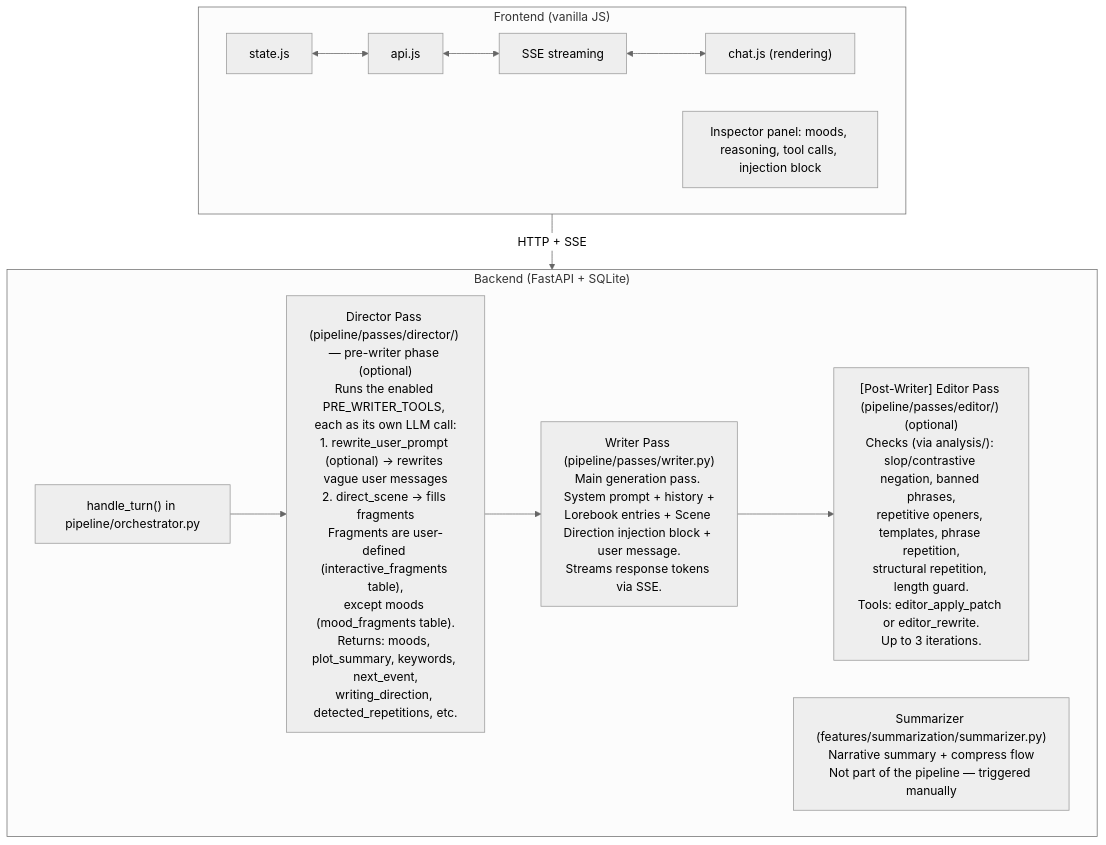
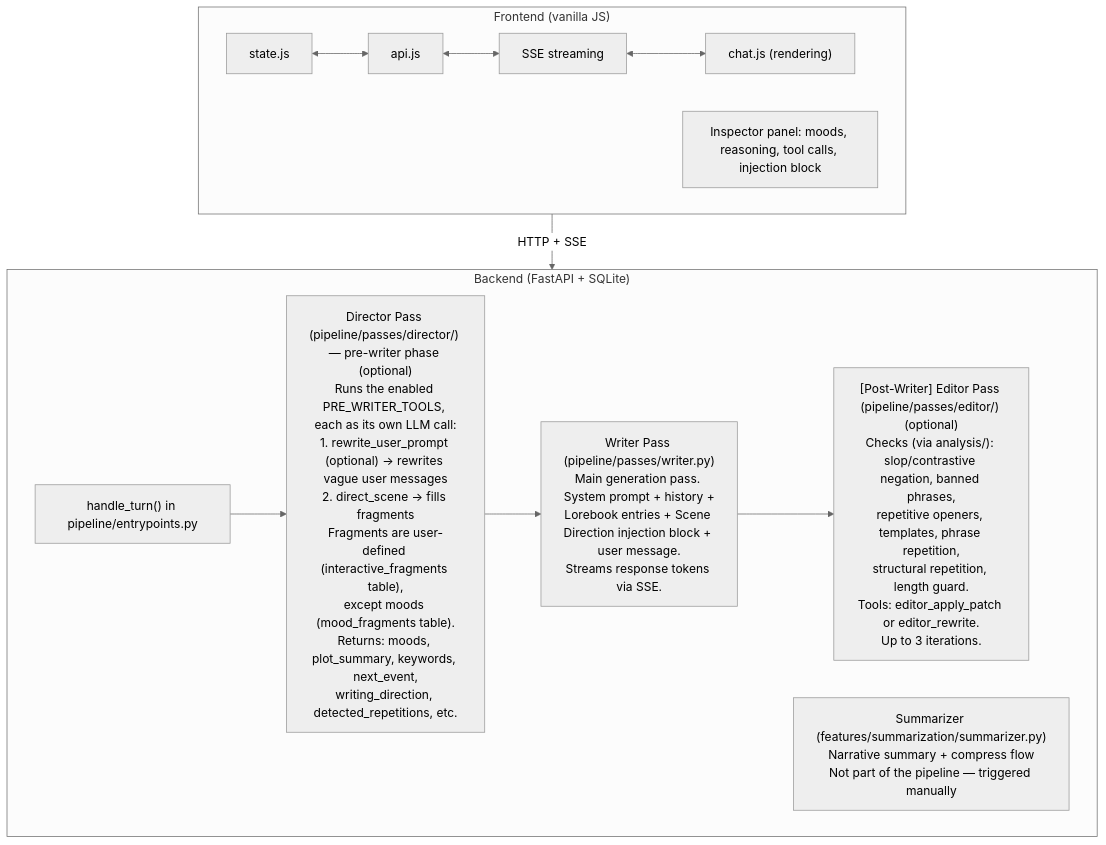
The first of 4 diagrams in AGENTS.md (glitchbunny0/Orb), drawn with Mermaid (neutral theme) before and after one commit. The commit also changed other lines of this file and 21 other files, not shown here.

````diff
--- a/AGENTS.md
+++ b/AGENTS.md
@@ -17,22 +17,22 @@
 ```mermaid
 graph TD
     subgraph Frontend ["Frontend (vanilla JS)"]
         state["state.js"] <--> api["api.js"]
         api <--> sse["SSE streaming"]
         sse <--> chat["chat.js (rendering)"]
         inspector["Inspector panel: moods, reasoning, tool calls, injection block"]
     end
 
     subgraph Backend ["Backend (FastAPI + SQLite)"]
-        orch["handle_turn() in pipeline/orchestrator.py"]
+        orch["handle_turn() in pipeline/entrypoints.py"]
 
         dir["Director Pass (pipeline/passes/director/) — pre-writer phase (optional)<br/>Runs the enabled PRE_WRITER_TOOLS, each as its own LLM call:<br/>1. rewrite_user_prompt (optional) → rewrites vague user messages<br/>2. direct_scene → fills fragments<br/>Fragments are user-defined (interactive_fragments table),<br/>except moods (mood_fragments table).<br/>Returns: moods, plot_summary, keywords, next_event,<br/>writing_direction, detected_repetitions, etc."]
         writer["Writer Pass (pipeline/passes/writer.py)<br/>Main generation pass. System prompt + history +<br/>Lorebook entries + Scene Direction injection block + user message.<br/>Streams response tokens via SSE."]
         editor["[Post-Writer] Editor Pass (pipeline/passes/editor/) (optional)<br/>Checks (via analysis/): slop/contrastive negation, banned phrases,<br/>repetitive openers, templates, phrase repetition,<br/>structural repetition, length guard.<br/>Tools: editor_apply_patch or editor_rewrite.<br/>Up to 3 iterations."]
         summarizer["Summarizer (features/summarization/summarizer.py)<br/>Narrative summary + compress flow<br/>Not part of the pipeline — triggered manually"]
 
         orch --> dir --> writer --> editor
     end
 
     Frontend -- "HTTP + SSE" --> Backend
 ```
````
